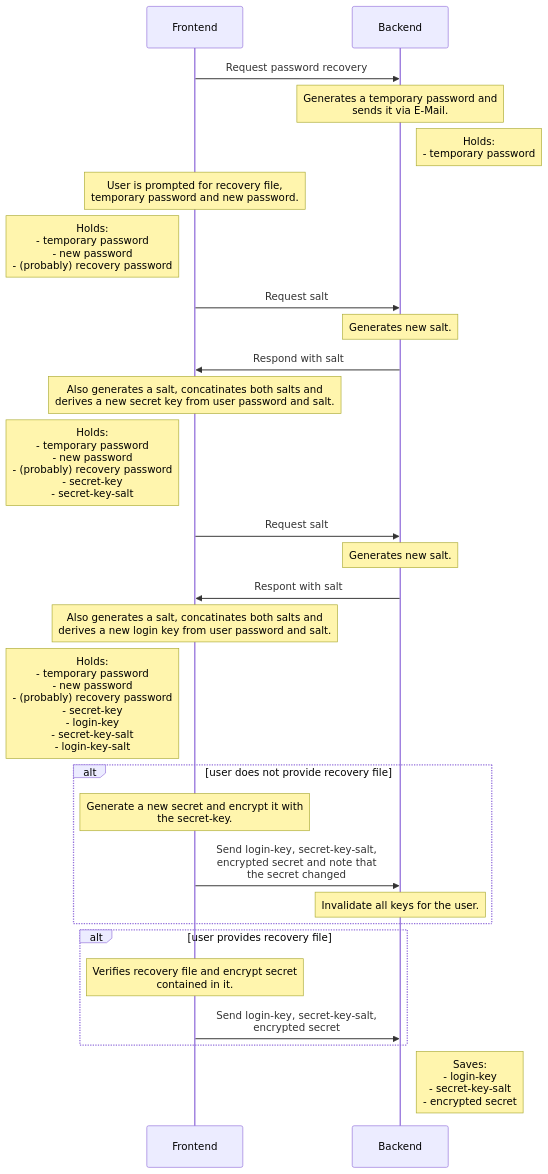
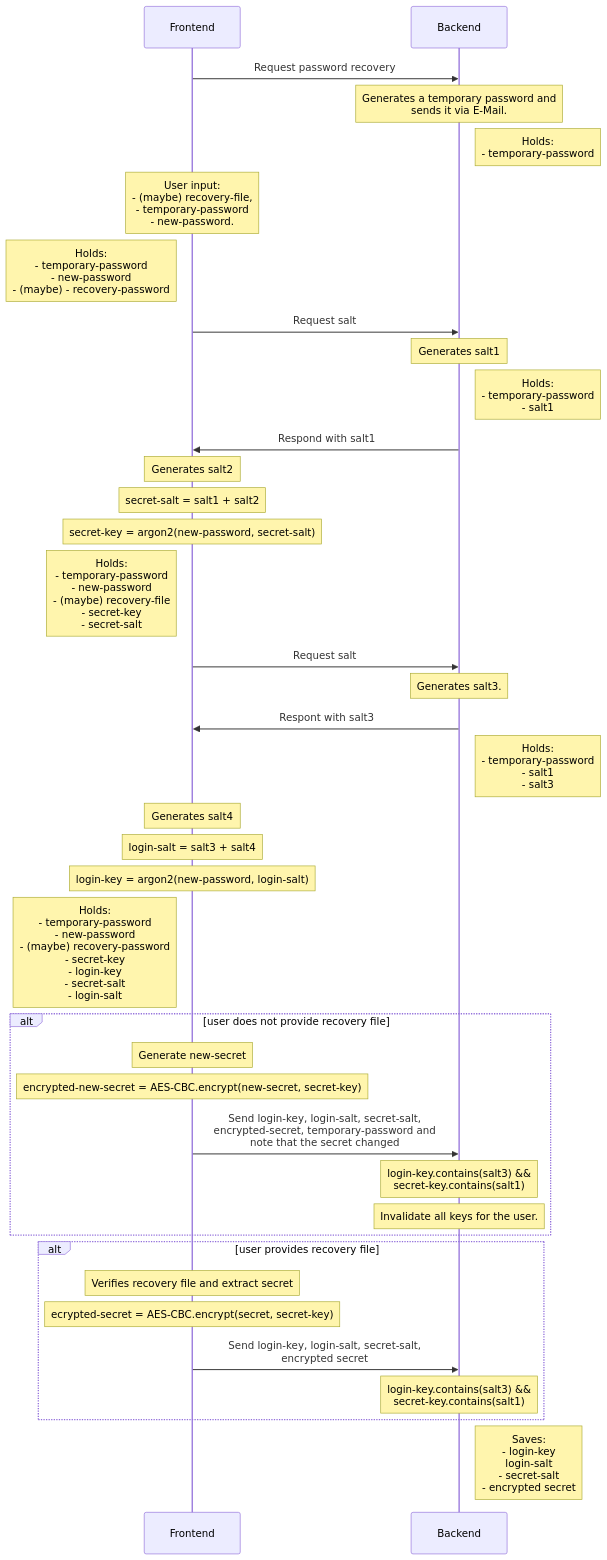
The tenth of 10 diagrams in sequence.md (Tinkerforge/esp32-remote-access), drawn with Mermaid before and after one commit. The commit also changed other lines of this file, not shown here.

````diff
--- a/sequence.md
+++ b/sequence.md
@@ -158,28 +243,52 @@
 ```mermaid
 sequenceDiagram
     Frontend->>Backend: Request password recovery
     Note over Backend: Generates a temporary password and <br> sends it via E-Mail.
-    Note right of Backend: Holds: <br> - temporary password
-    Note over Frontend: User is prompted for recovery file, <br> temporary password and new password.
-    Note left of Frontend: Holds: <br> - temporary password <br> - new password <br> - (probably) recovery password
+    Note right of Backend: Holds: <br> - temporary-password
+
+    Note over Frontend: User input: <br> - (maybe) recovery-file, <br> - temporary-password <br> - new-password.
+
+    Note left of Frontend: Holds: <br> - temporary-password <br> - new-password <br> - (maybe) - recovery-password
+
     Frontend->>Backend: Request salt
-    Note over Backend: Generates new salt.
-    Backend->>Frontend: Respond with salt
-    Note over Frontend: Also generates a salt, concatinates both salts and <br> derives a new secret key from user password and salt.
-    Note left of Frontend: Holds: <br> - temporary password <br> - new password <br> - (probably) recovery password <br> - secret-key <br> - secret-key-salt
+    Note over Backend: Generates salt1
+    Note right of Backend: Holds: <br> - temporary-password <br> - salt1
+    Backend->>Frontend: Respond with salt1
+
+    Note over Frontend: Generates salt2
+    Note over Frontend: secret-salt = salt1 + salt2
+    Note over Frontend: secret-key = argon2(new-password, secret-salt)
+
+    Note left of Frontend: Holds: <br> - temporary-password <br> - new-password <br> - (maybe) recovery-file <br> - secret-key <br> - secret-salt
+
     Frontend->>Backend: Request salt
-    Note over Backend: Generates new salt.
-    Backend->>Frontend: Respont with salt
-    Note over Frontend: Also generates a salt, concatinates both salts and <br> derives a new login key from user password and salt.
-    Note left of Frontend: Holds: <br> - temporary password <br> - new password <br> - (probably) recovery password <br> - secret-key <br> - login-key <br> - secret-key-salt <br> - login-key-salt
+    Note over Backend: Generates salt3.
+    Backend->>Frontend: Respont with salt3
+
+    Note right of Backend: Holds: <br> - temporary-password <br> - salt1 <br> - salt3
+
+    Note over Frontend: Generates salt4
+    Note over Frontend: login-salt = salt3 + salt4
+    Note over Frontend: login-key = argon2(new-password, login-salt)
+
+    Note left of Frontend: Holds: <br> - temporary-password <br> - new-password <br> - (maybe) recovery-password <br> - secret-key <br> - login-key <br> - secret-salt <br> - login-salt
+
     alt user does not provide recovery file
-        Note over Frontend: Generate a new secret and encrypt it with <br> the secret-key.
-        Frontend->>Backend: Send login-key, secret-key-salt, <br> encrypted secret and note that <br> the secret changed
+        Note over Frontend: Generate new-secret
+        Note over Frontend: encrypted-new-secret = AES-CBC.encrypt(new-secret, secret-key)
+
+        Frontend->>Backend: Send login-key, login-salt, secret-salt, <br> encrypted-secret, temporary-password and <br> note that the secret changed
+
+        Note over Backend: login-key.contains(salt3) && <br> secret-key.contains(salt1)
         Note over Backend: Invalidate all keys for the user.
     end
+
     alt user provides recovery file
-        Note over Frontend: Verifies recovery file and encrypt secret <br> contained in it.
-        Frontend->>Backend: Send login-key, secret-key-salt, <br> encrypted secret
+        Note over Frontend: Verifies recovery file and extract secret
+        Note over Frontend: ecrypted-secret = AES-CBC.encrypt(secret, secret-key)
+        Frontend->>Backend: Send login-key, login-salt, secret-salt, <br> encrypted secret
+
+        Note over Backend: login-key.contains(salt3) && <br> secret-key.contains(salt1)
     end
-    Note right of Backend: Saves: <br> - login-key <br> - secret-key-salt <br> - encrypted secret
+    Note right of Backend: Saves: <br> - login-key <br> login-salt <br> - secret-salt <br> - encrypted secret
 ```
````
